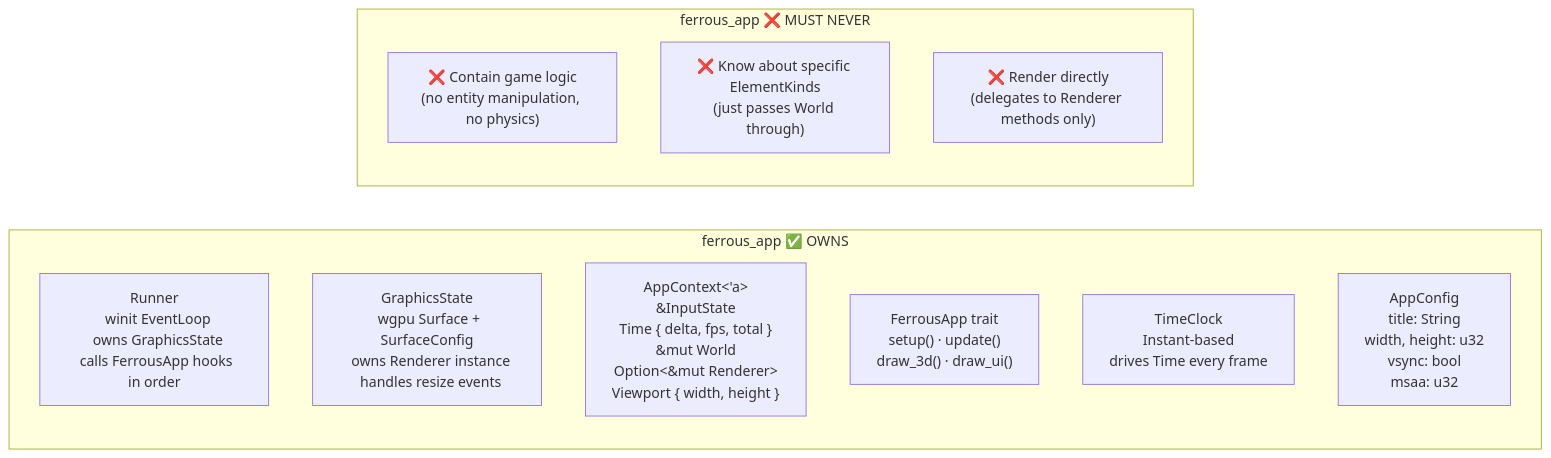
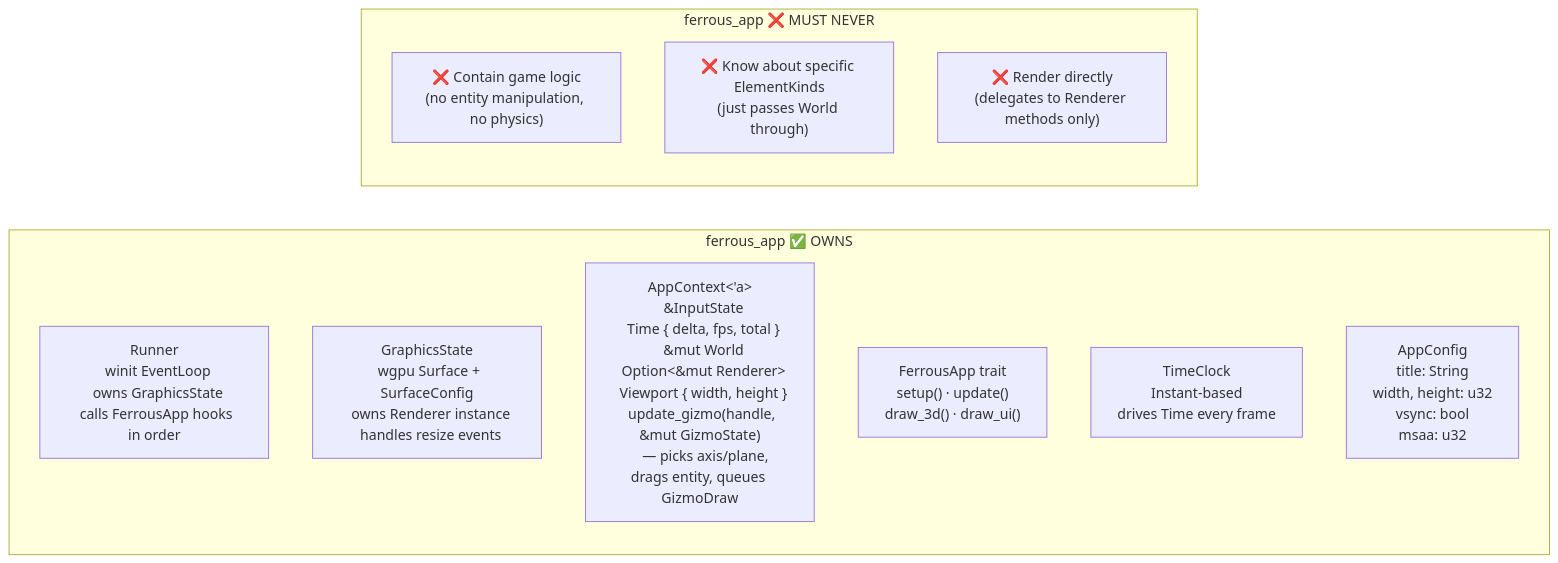
The third of 7 diagrams in flowmaps/crate-responsibilities.md (jvchiappini/FerrousEngine), drawn with Mermaid before and after one commit. The commit also changed other lines of this file and 11 other files, not shown here.

````diff
--- a/flowmaps/crate-responsibilities.md
+++ b/flowmaps/crate-responsibilities.md
@@ -64,17 +67,17 @@
 ```mermaid
 graph LR
     subgraph "ferrous_app  ✅ OWNS"
         A1["Runner\n  winit EventLoop\n  owns GraphicsState\n  calls FerrousApp hooks in order"]
         A2["GraphicsState\n  wgpu Surface + SurfaceConfig\n  owns Renderer instance\n  handles resize events"]
-        A3["AppContext&lt;'a&gt;\n  &InputState\n  Time { delta, fps, total }\n  &mut World\n  Option&lt;&mut Renderer&gt;\n  Viewport { width, height }"]
+        A3["AppContext&lt;'a&gt;\n  &InputState\n  Time { delta, fps, total }\n  &mut World\n  Option&lt;&mut Renderer&gt;\n  Viewport { width, height }\n  update_gizmo(handle, &mut GizmoState)\n    — picks axis/plane, drags entity, queues GizmoDraw"]
         A4["FerrousApp trait\n  setup() · update()\n  draw_3d() · draw_ui()"]
         A5["TimeClock\n  Instant-based\n  drives Time every frame"]
         A6["AppConfig\n  title: String\n  width, height: u32\n  vsync: bool\n  msaa: u32"]
     end
 
     subgraph "ferrous_app  ❌ MUST NEVER"
         Z1["❌ Contain game logic\n(no entity manipulation, no physics)"]
         Z2["❌ Know about specific ElementKinds\n(just passes World through)"]
         Z3["❌ Render directly\n(delegates to Renderer methods only)"]
     end
 ```
````
